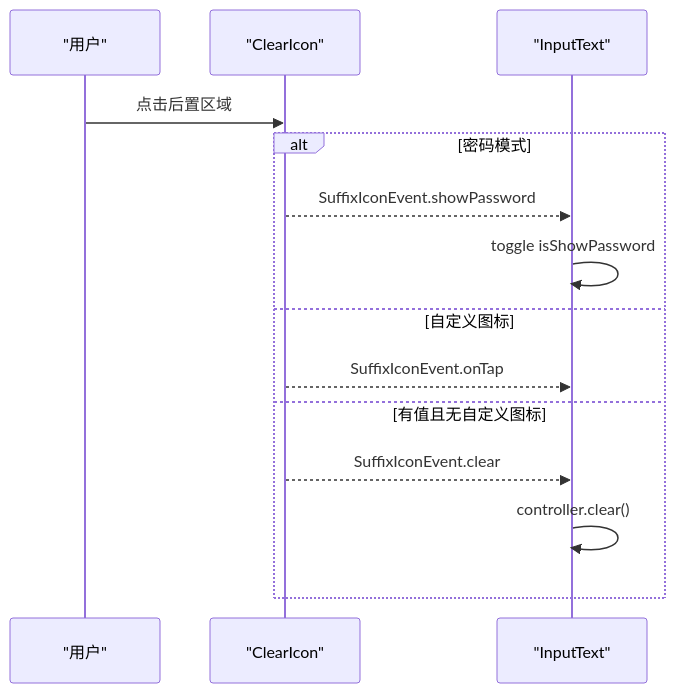
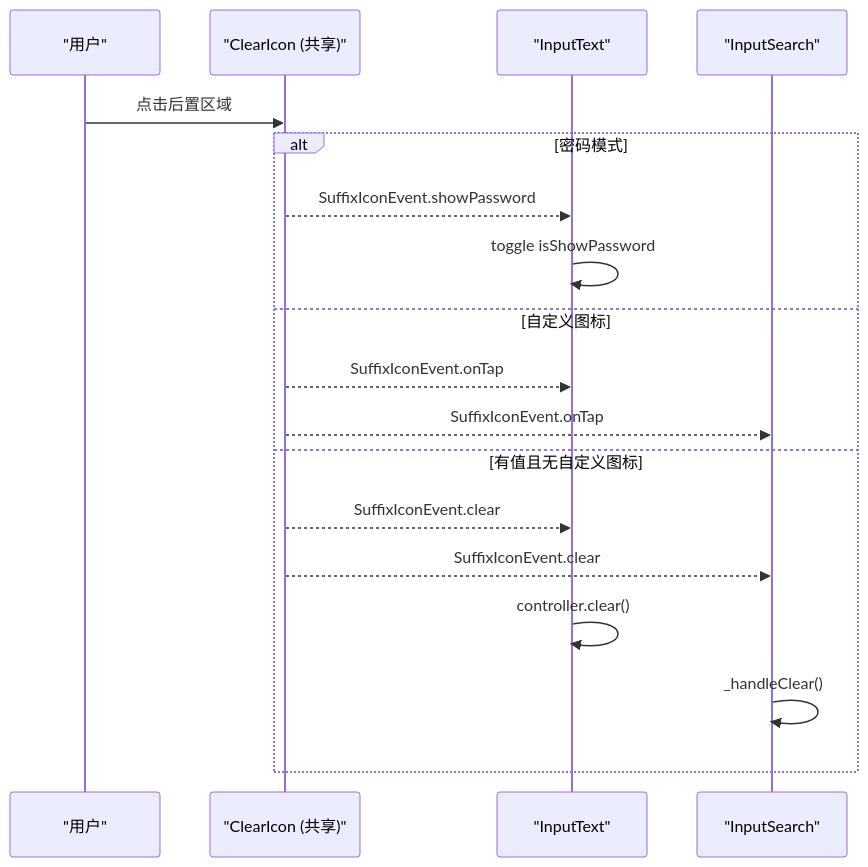
The fifth of 6 diagrams in .qoder/repowiki/zh/content/基础组件/InputText 文本输入框.md (yuzhido/lite-ui), drawn with Mermaid before and after one commit. The commit also changed other lines of this file and 35 other files, not shown here.

````diff
--- a/.qoder/repowiki/zh/content/基础组件/InputText 文本输入框.md
+++ b/.qoder/repowiki/zh/content/基础组件/InputText 文本输入框.md
@@ -261,16 +271,20 @@
 ```mermaid
 sequenceDiagram
 participant U as "用户"
-participant CI as "ClearIcon"
+participant CI as "ClearIcon (共享)"
 participant IT as "InputText"
+participant IS as "InputSearch"
 U->>CI : 点击后置区域
 alt 密码模式
 CI-->>IT : SuffixIconEvent.showPassword
 IT->>IT : toggle isShowPassword
 else 自定义图标
 CI-->>IT : SuffixIconEvent.onTap
+CI-->>IS : SuffixIconEvent.onTap
 else 有值且无自定义图标
 CI-->>IT : SuffixIconEvent.clear
+CI-->>IS : SuffixIconEvent.clear
 IT->>IT : controller.clear()
+IS->>IS : _handleClear()
 end
 ```
````
